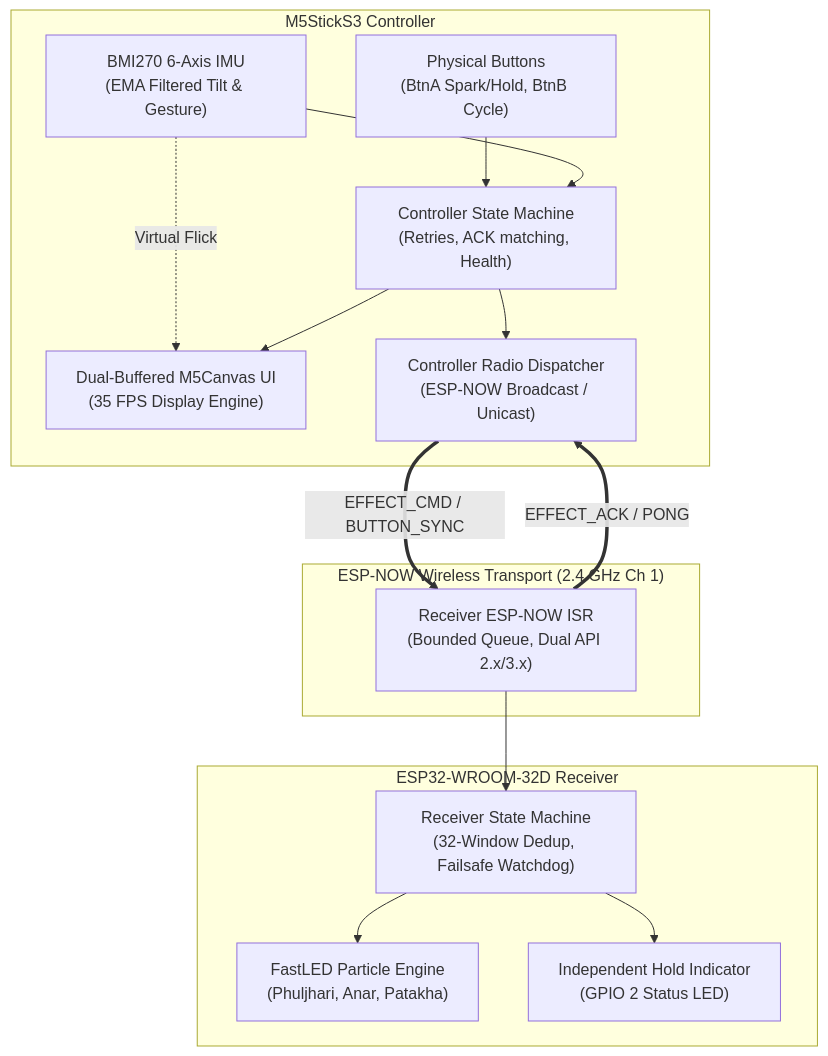
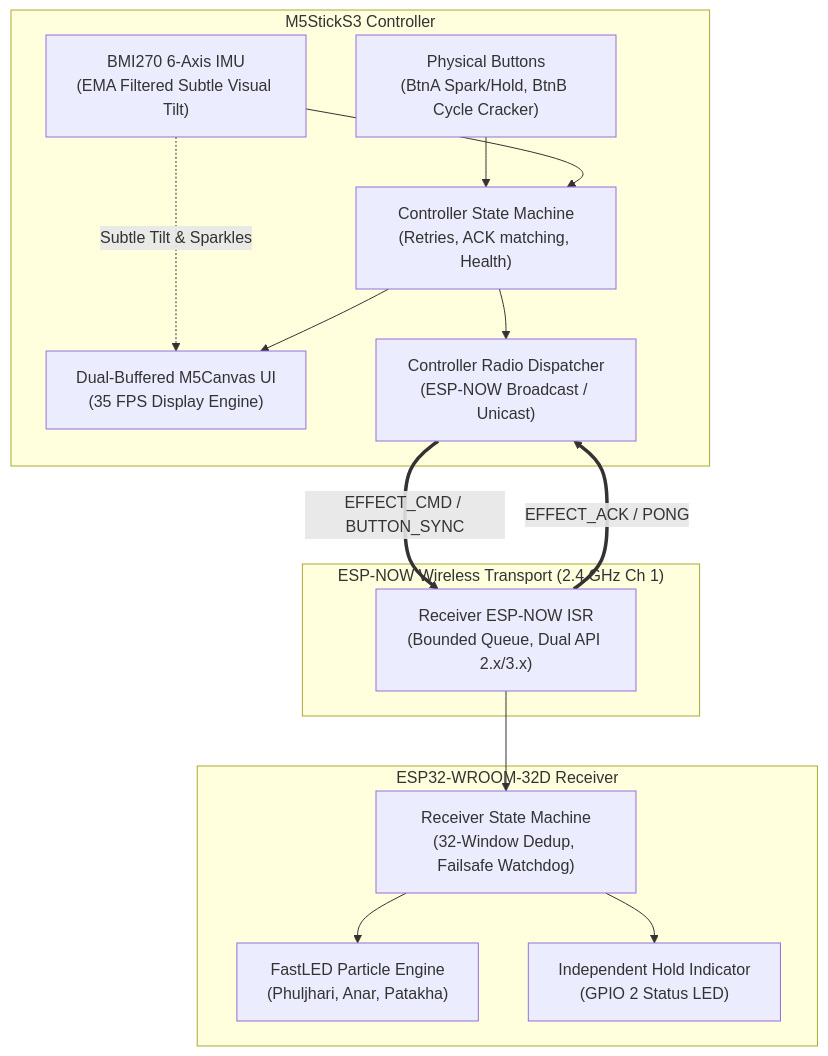
Before and after one commit to Vivek-live-now/Phuljhari: the first of 2 diagrams in README.md, drawn with Mermaid. The commit also changed other lines of this file and 14 other files, not shown here.

Commit message:
feat: enforce strict button-only GPIO 2 and subtle visual IMU tilt

````diff
--- a/README.md
+++ b/README.md
@@ -57,32 +57,32 @@
 ```mermaid
 flowchart TD
     subgraph Controller ["M5StickS3 Controller"]
         UI["Dual-Buffered M5Canvas UI<br/>(35 FPS Display Engine)"]
-        IMU["BMI270 6-Axis IMU<br/>(EMA Filtered Tilt & Gesture)"]
-        BTN["Physical Buttons<br/>(BtnA Spark/Hold, BtnB Cycle)"]
+        IMU["BMI270 6-Axis IMU<br/>(EMA Filtered Subtle Visual Tilt)"]
+        BTN["Physical Buttons<br/>(BtnA Spark/Hold, BtnB Cycle Cracker)"]
         CSM["Controller State Machine<br/>(Retries, ACK matching, Health)"]
         CRADIO["Controller Radio Dispatcher<br/>(ESP-NOW Broadcast / Unicast)"]
         
         BTN --> CSM
         IMU --> CSM
-        IMU -. Virtual Flick .-> UI
+        IMU -. Subtle Tilt & Sparkles .-> UI
         CSM --> UI
         CSM --> CRADIO
     end
 
     subgraph RF ["ESP-NOW Wireless Transport (2.4 GHz Ch 1)"]
         CRADIO ==>|"EFFECT_CMD / BUTTON_SYNC"| RRADIO
         RRADIO ==>|"EFFECT_ACK / PONG"| CRADIO
     end
 
     subgraph Receiver ["ESP32-WROOM-32D Receiver"]
         RRADIO["Receiver ESP-NOW ISR<br/>(Bounded Queue, Dual API 2.x/3.x)"]
         RSM["Receiver State Machine<br/>(32-Window Dedup, Failsafe Watchdog)"]
         LED["FastLED Particle Engine<br/>(Phuljhari, Anar, Patakha)"]
         BENCH["Independent Hold Indicator<br/>(GPIO 2 Status LED)"]
         
         RRADIO --> RSM
         RSM --> LED
         RSM --> BENCH
     end
 ```
````
